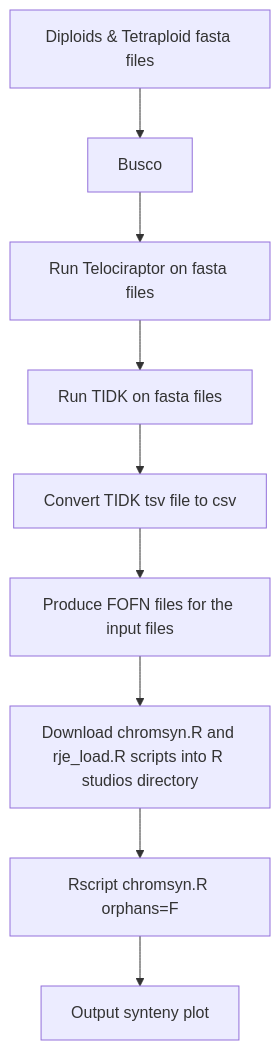
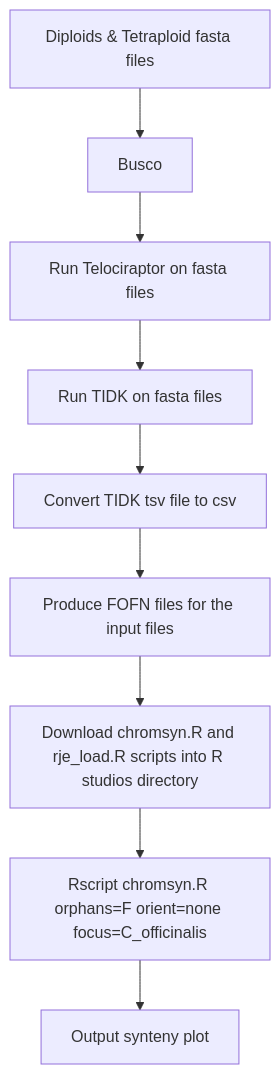
One commit to mzywj2/Thesis-Project changed the second of 2 diagrams in README.md. Above: the diagram before and after it, drawn with Mermaid. The commit also changed other lines of this file, not shown here.

````diff
--- a/README.md
+++ b/README.md
@@ -404,12 +413,12 @@
 ```mermaid
 graph TD;
 A[Diploids & Tetraploid fasta files] --> B[Busco];
     B --> C[Run Telociraptor on fasta files];
     C --> D[Run TIDK on fasta files];
     D --> E[Convert TIDK tsv file to csv];
     E --> F[Produce FOFN files for the input files];
     F --> G[Download chromsyn.R and rje_load.R scripts into R studios directory];
-    G --> H[Rscript chromsyn.R orphans=F];
+    G --> H[Rscript chromsyn.R orphans=F orient=none focus=C_officinalis];
     H --> I[Output synteny plot];
 
 ```
````
